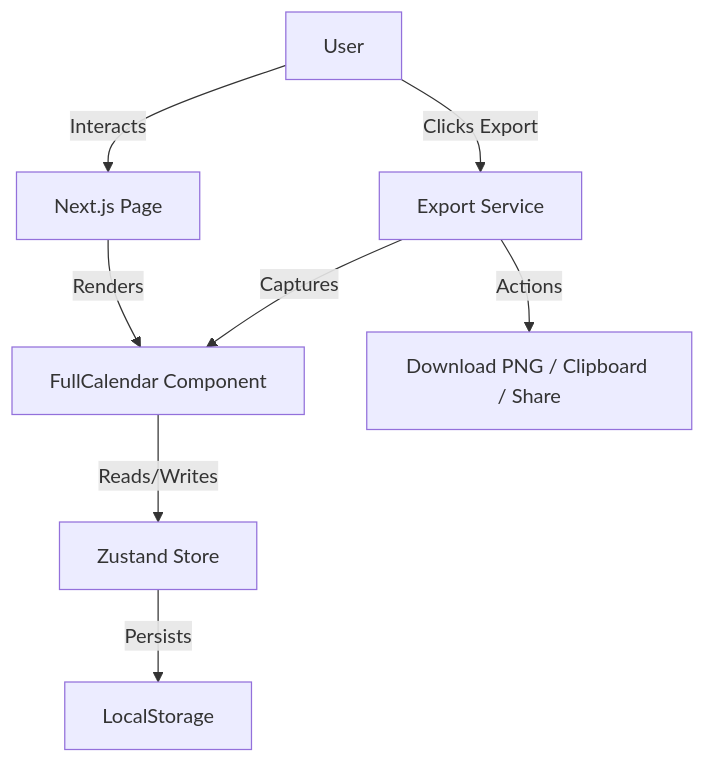
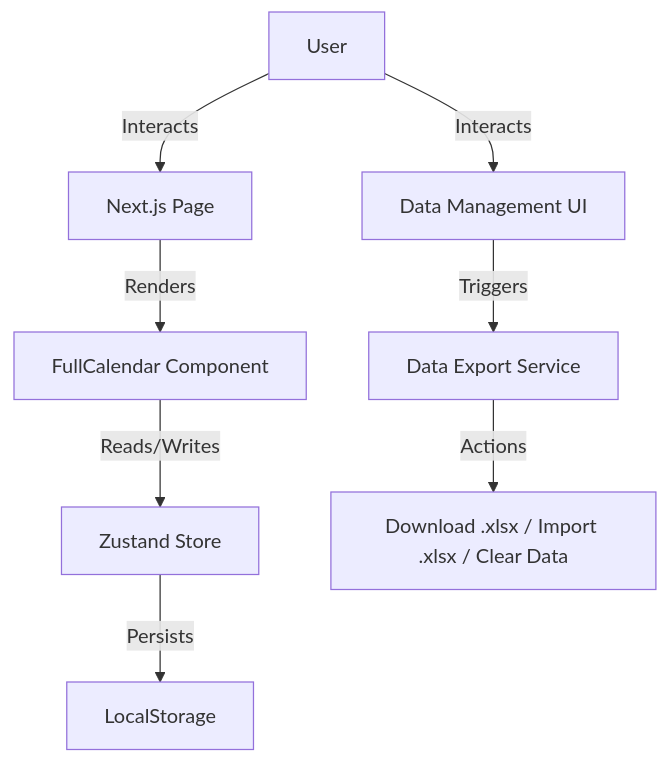
Before and after one commit to hangxigood/LightShift: the diagram in docs/TechnicalDesign.md, drawn with Mermaid. The commit also changed other lines of this file and 1 other file, not shown here.

````diff
--- a/docs/TechnicalDesign.md
+++ b/docs/TechnicalDesign.md
@@ -18,10 +18,10 @@
 ```mermaid
 graph TD
     A[User] -->|Interacts| B[Next.js Page]
     B -->|Renders| C[FullCalendar Component]
     C -->|Reads/Writes| D[Zustand Store]
     D -->|Persists| E[LocalStorage]
-    A -->|Clicks Export| F[Export Service]
-    F -->|Captures| C
-    F -->|Actions| G[Download PNG / Clipboard / Share]
+    A -->|Interacts| F[Data Management UI]
+    F -->|Triggers| G[Data Export Service]
+    G -->|Actions| H[Download .xlsx / Import .xlsx / Clear Data]
 ```
````
